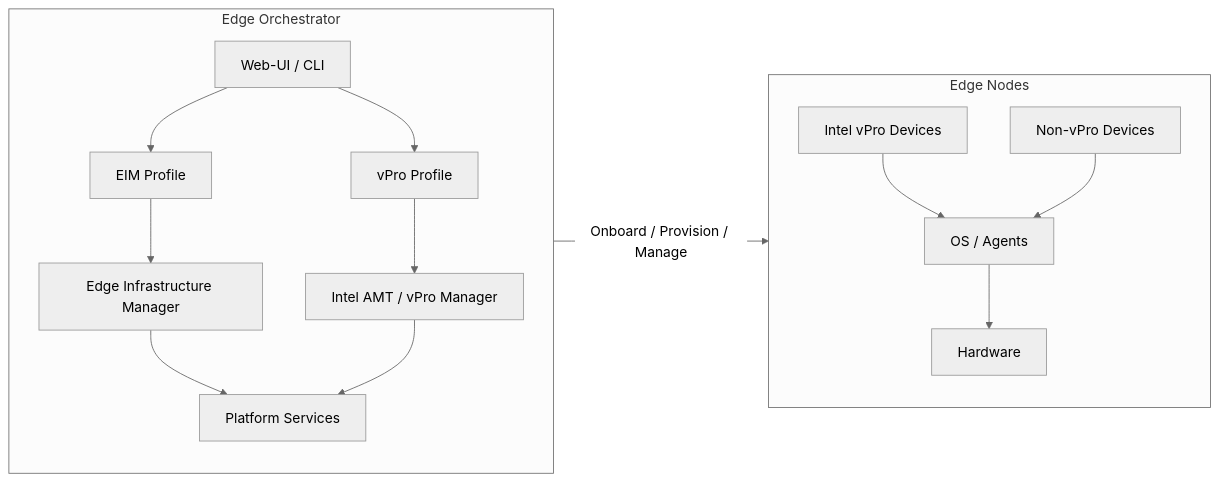
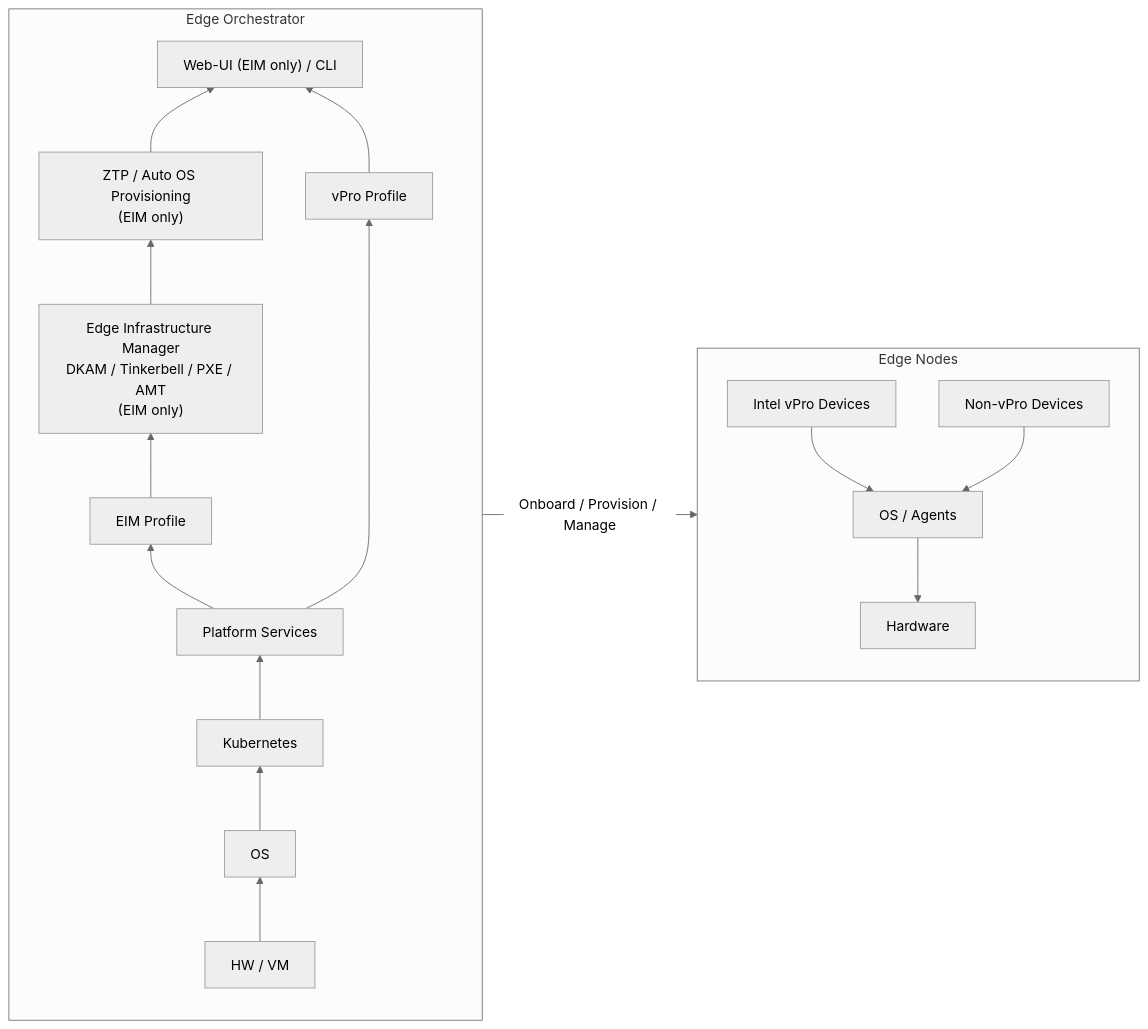
The diagram in README.md (open-edge-platform/edge-manageability-framework), drawn with Mermaid (neutral theme) before and after one commit. The commit also changed other lines of this file, not shown here.

````diff
--- a/README.md
+++ b/README.md
@@ -28,27 +30,30 @@
 ```mermaid
 flowchart LR
     subgraph Orch["Edge Orchestrator"]
-        direction TB
-        A["Web-UI / CLI"]
-        B["EIM Profile"]
-        C["vPro Profile"]
-        D["Edge Infrastructure Manager"]
-        E["Intel AMT / vPro Manager"]
-        F["Platform Services"]
-        A --> B & C
-        B --> D
-        C --> E
-        D & E --> F
+        direction BT
+        L1["HW / VM"]
+        L2["OS"]
+        L3["Kubernetes"]
+        L4["Platform Services"]
+        L5a["EIM Profile"]
+        L5b["vPro Profile"]
+        L6["Edge Infrastructure Manager\nDKAM / Tinkerbell / PXE / AMT\n(EIM only)"]
+        L7["ZTP / Auto OS Provisioning\n(EIM only)"]
+        L8["Web-UI (EIM only) / CLI"]
+        L1 --> L2 --> L3 --> L4
+        L4 --> L5a & L5b
+        L5a --> L6 --> L7 --> L8
+        L5b --> L8
     end
 
     subgraph Edge["Edge Nodes"]
         direction TB
-        G["Intel vPro Devices"]
-        H["Non-vPro Devices"]
-        I["OS / Agents"]
-        J["Hardware"]
-        G & H --> I --> J
+        H["Intel vPro Devices"]
+        I["Non-vPro Devices"]
+        J["OS / Agents"]
+        K["Hardware"]
+        H & I --> J --> K
     end
 
     Orch -->|"Onboard / Provision / Manage"| Edge
 ```
````
